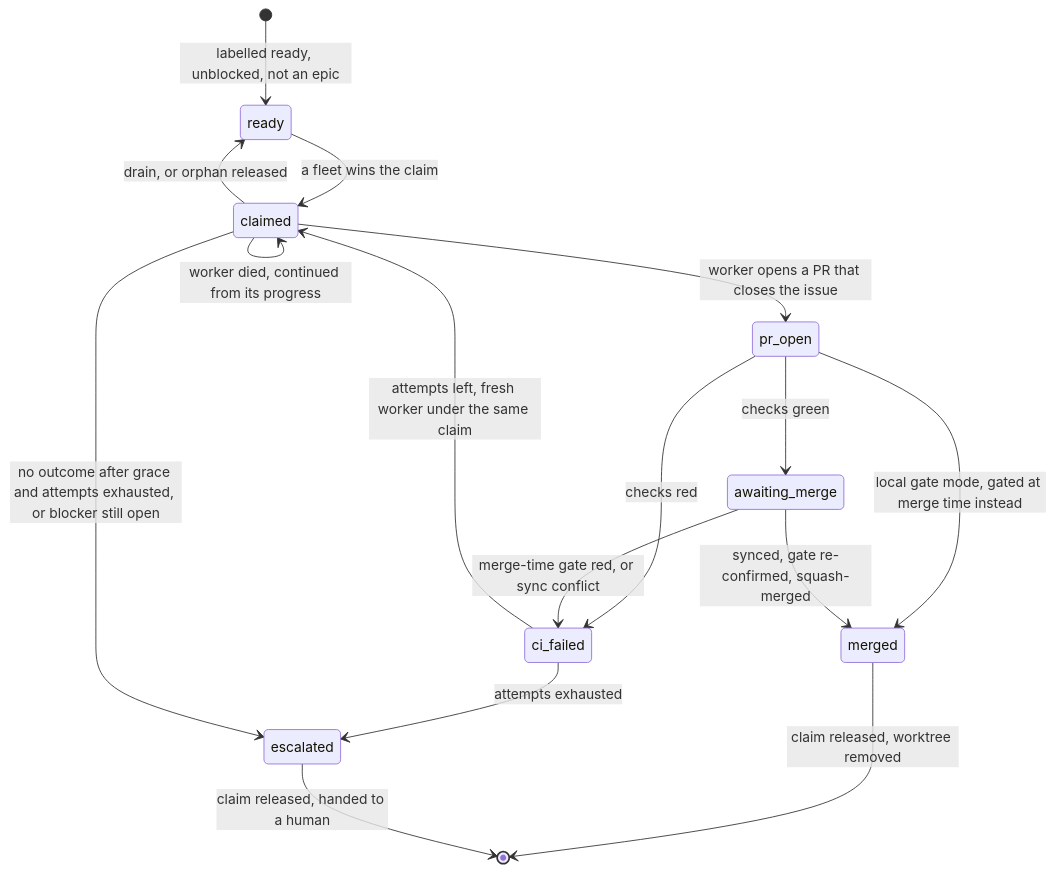
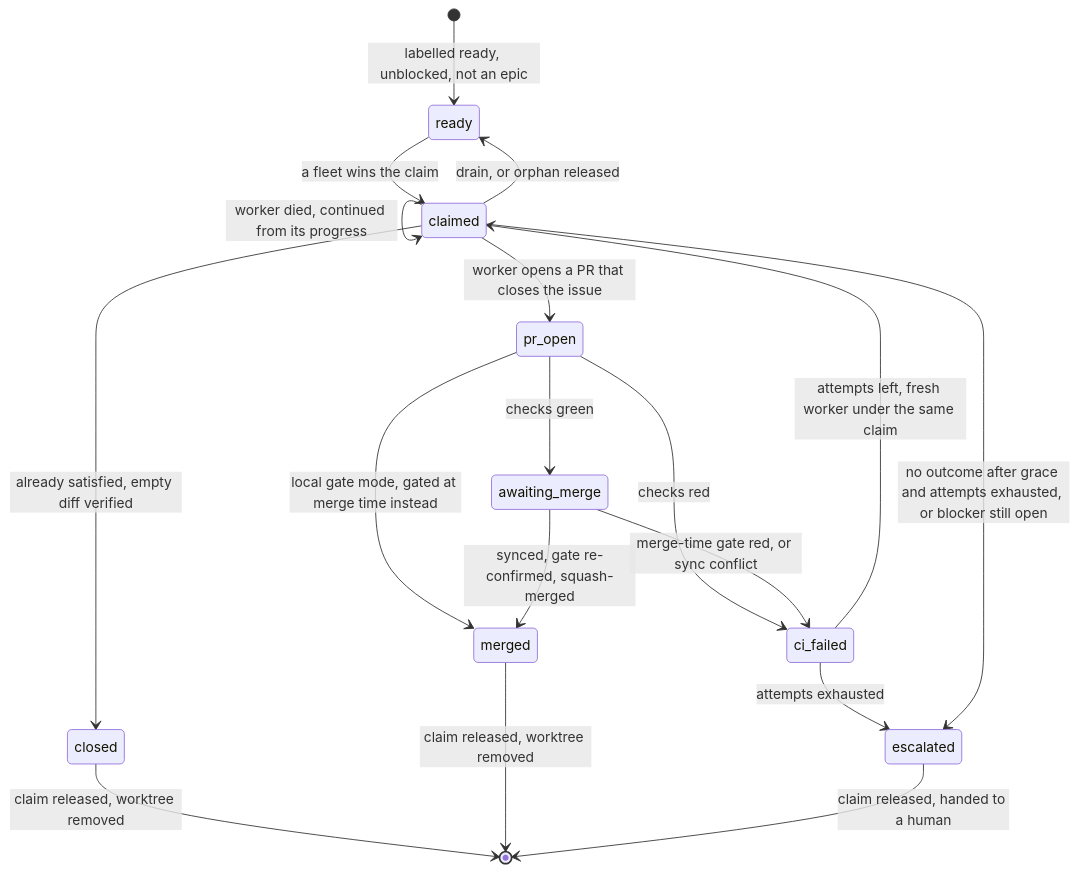
One commit to sunfmin/afk-fleet changed the diagram in docs/flows.md. Above: the diagram before and after it, drawn with Mermaid. The commit also changed other lines of this file and 14 other files, not shown here.

````diff
--- a/docs/flows.md
+++ b/docs/flows.md
@@ -202,18 +231,20 @@
 ```mermaid
 stateDiagram-v2
   [*] --> ready: labelled ready, unblocked, not an epic
   ready --> claimed: a fleet wins the claim
   claimed --> pr_open: worker opens a PR that closes the issue
   claimed --> claimed: worker died, continued from its progress
   claimed --> ready: drain, or orphan released
   pr_open --> awaiting_merge: checks green
   pr_open --> merged: local gate mode, gated at merge time instead
   pr_open --> ci_failed: checks red
   awaiting_merge --> merged: synced, gate re-confirmed, squash-merged
   awaiting_merge --> ci_failed: merge-time gate red, or sync conflict
   ci_failed --> claimed: attempts left, fresh worker under the same claim
   ci_failed --> escalated: attempts exhausted
   claimed --> escalated: no outcome after grace and attempts exhausted, or blocker still open
+  claimed --> closed: already satisfied, empty diff verified
+  closed --> [*]: claim released, worktree removed
   merged --> [*]: claim released, worktree removed
   escalated --> [*]: claim released, handed to a human
 ```
````
